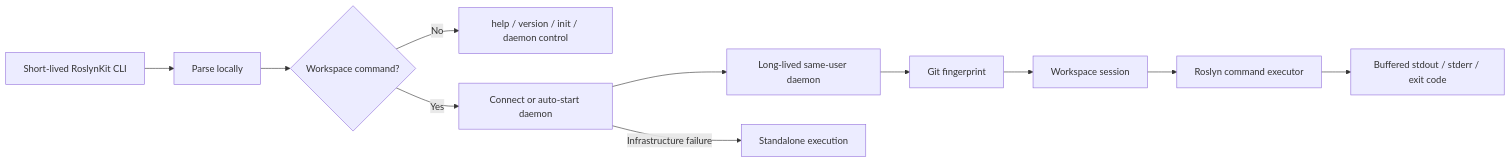
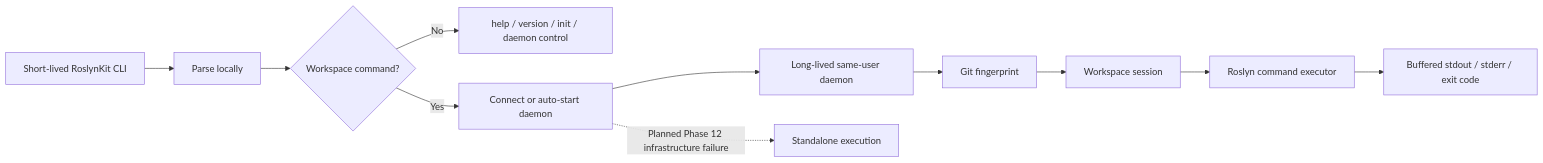
One commit to jgador/roslynkit changed the diagram in docs/daemon.md. Above: the diagram before and after it, drawn with Mermaid. The commit also changed other lines of this file and 16 other files, not shown here.

````diff
--- a/docs/daemon.md
+++ b/docs/daemon.md
@@ -11,13 +11,13 @@
 ```mermaid
 flowchart LR
     CLI[Short-lived RoslynKit CLI] --> Parse[Parse locally]
     Parse --> Local{Workspace command?}
     Local -->|No| ExecuteLocal[help / version / init / daemon control]
     Local -->|Yes| Pipe[Connect or auto-start daemon]
     Pipe --> Daemon[Long-lived same-user daemon]
     Daemon --> Fingerprint[Git fingerprint]
     Fingerprint --> Session[Workspace session]
     Session --> Executor[Roslyn command executor]
     Executor --> Response[Buffered stdout / stderr / exit code]
-    Pipe -->|Infrastructure failure| Fallback[Standalone execution]
+    Pipe -.->|Planned Phase 12 infrastructure failure| Fallback[Standalone execution]
 ```
````
